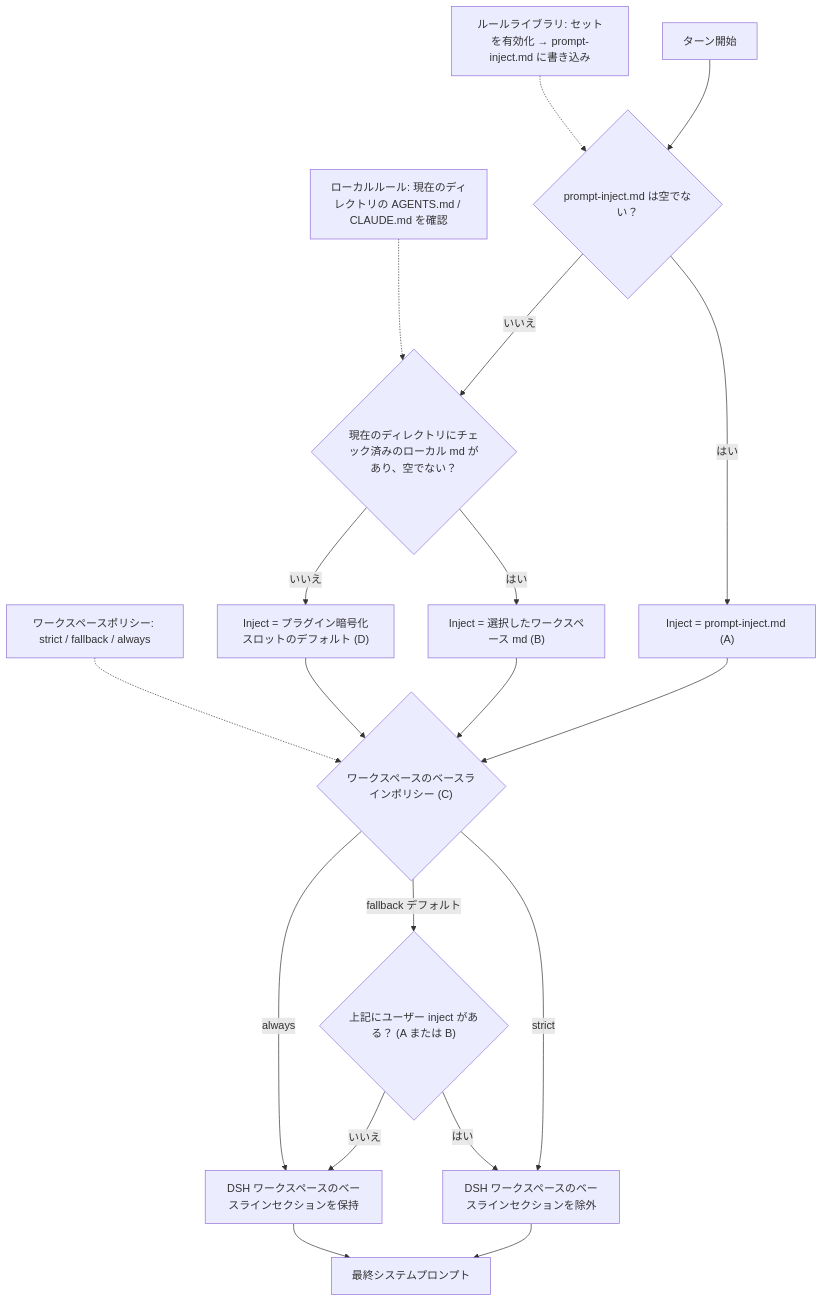
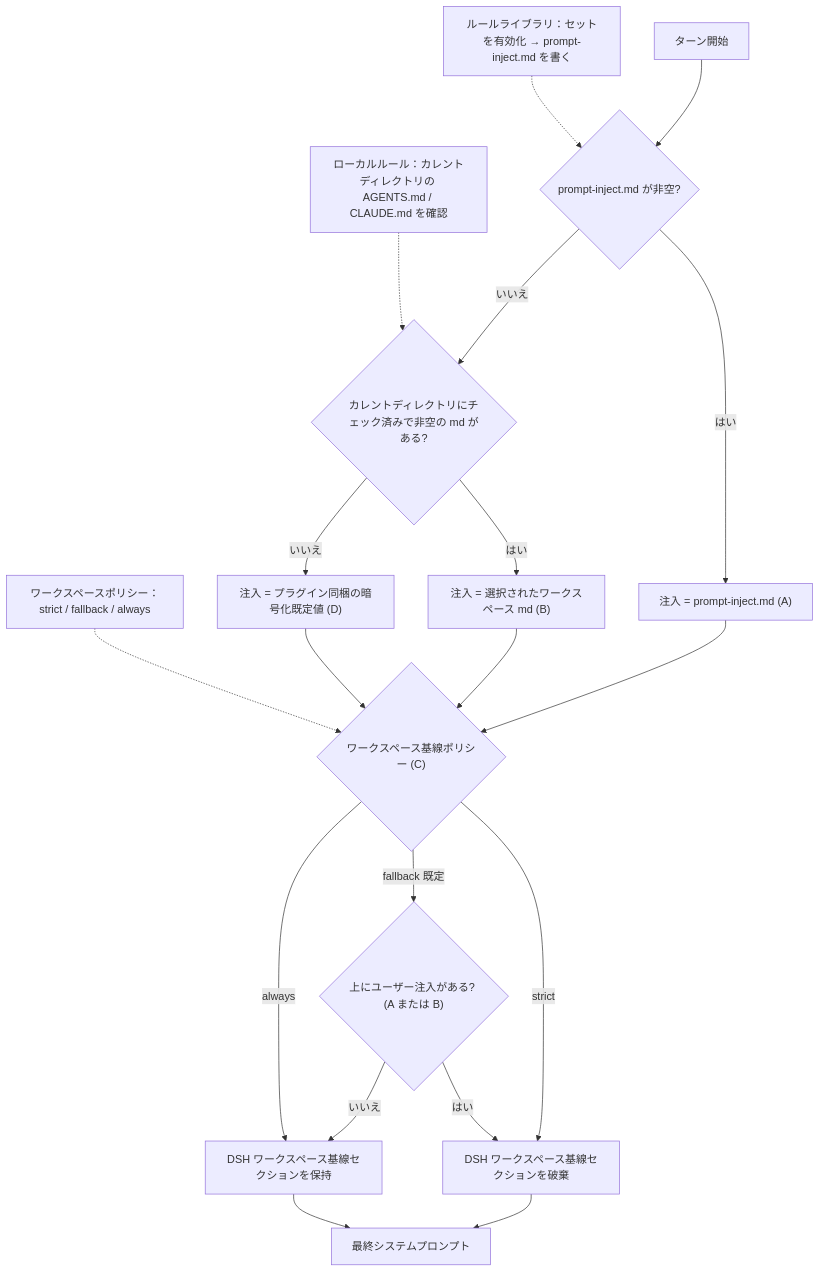
The first of 2 diagrams in README.ja.md (yuan-dev39/dsh-purge-unrestricted), drawn with Mermaid before and after one commit. The commit also changed other lines of this file and 2 other files, not shown here.

````diff
--- a/README.ja.md
+++ b/README.ja.md
@@ -531,26 +313,26 @@
 ```mermaid
 flowchart TD
-  L["ルールライブラリ: セットを有効化 → prompt-inject.md に書き込み"]
-  W["ローカルルール: 現在のディレクトリの AGENTS.md / CLAUDE.md を確認"]
-  P["ワークスペースポリシー: strict / fallback / always"]
+  L["ルールライブラリ：セットを有効化 → prompt-inject.md を書く"]
+  W["ローカルルール：カレントディレクトリの AGENTS.md / CLAUDE.md を確認"]
+  P["ワークスペースポリシー：strict / fallback / always"]
 
-  A["ターン開始"] --> B{"prompt-inject.md は空でない？"}
-  B -->|はい| C["Inject = prompt-inject.md (A)"]
-  B -->|いいえ| D{"現在のディレクトリにチェック済みのローカル md があり、空でない？"}
-  D -->|はい| E["Inject = 選択したワークスペース md (B)"]
-  D -->|いいえ| F["Inject = プラグイン暗号化スロットのデフォルト (D)"]
-  C --> G{"ワークスペースのベースラインポリシー (C)"}
+  A["ターン開始"] --> B{"prompt-inject.md が非空?"}
+  B -->|はい| C["注入 = prompt-inject.md (A)"]
+  B -->|いいえ| D{"カレントディレクトリにチェック済みで非空の md がある?"}
+  D -->|はい| E["注入 = 選択されたワークスペース md (B)"]
+  D -->|いいえ| F["注入 = プラグイン同梱の暗号化既定値 (D)"]
+  C --> G{"ワークスペース基線ポリシー (C)"}
   E --> G
   F --> G
-  G -->|strict| H["DSH ワークスペースのベースラインセクションを除外"]
-  G -->|fallback デフォルト| I{"上記にユーザー inject がある？ (A または B)"}
-  G -->|always| J["DSH ワークスペースのベースラインセクションを保持"]
+  G -->|strict| H["DSH ワークスペース基線セクションを破棄"]
+  G -->|fallback 既定| I{"上にユーザー注入がある? (A または B)"}
+  G -->|always| J["DSH ワークスペース基線セクションを保持"]
   I -->|はい| H
   I -->|いいえ| J
   H --> K["最終システムプロンプト"]
   J --> K
 
   L -.-> B
   W -.-> D
   P -.-> G
 ```
````
